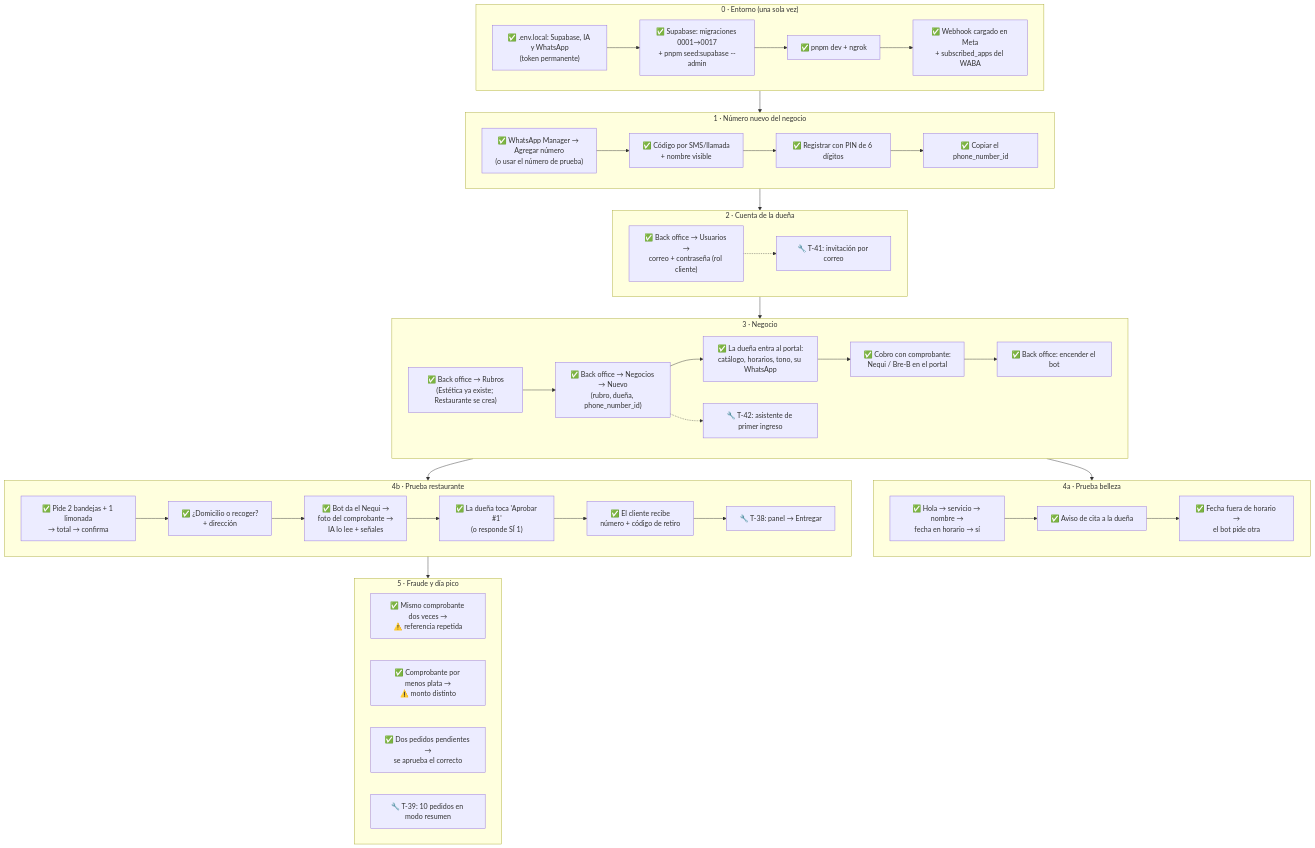
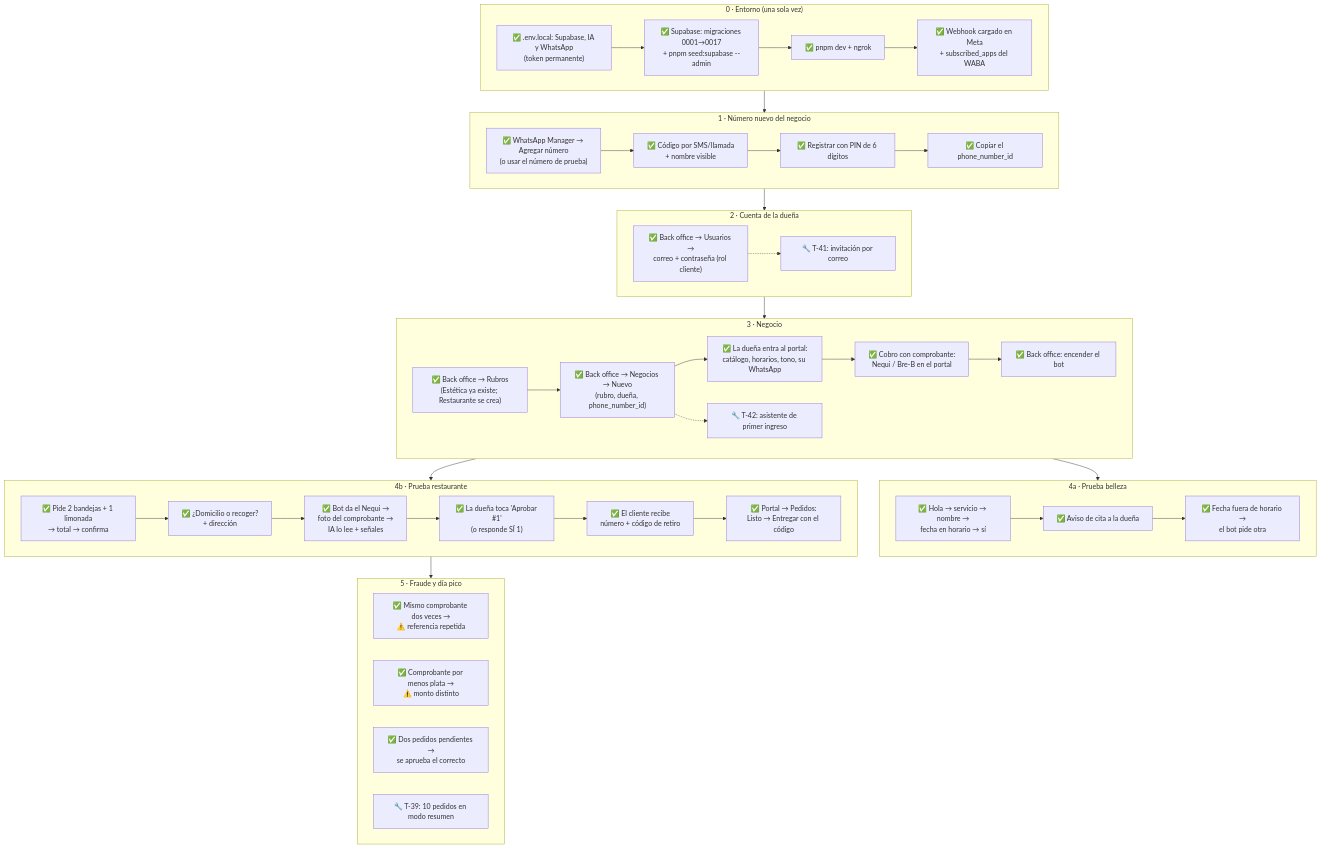
Before and after one commit to daniell41-dev/client-automation-bot: the diagram in docs/17-prueba-local.md, drawn with Mermaid. The commit also changed other lines of this file and 9 other files, not shown here.

First line of the commit message:
feat(T-38a): panel de pedidos en el portal

````diff
--- a/docs/17-prueba-local.md
+++ b/docs/17-prueba-local.md
@@ -18,54 +18,54 @@
 ```mermaid
 flowchart TD
   subgraph E["0 · Entorno (una sola vez)"]
     E1["✅ .env.local: Supabase, IA y WhatsApp<br/>(token permanente)"] --> E2["✅ Supabase: migraciones 0001→0017<br/>+ pnpm seed:supabase --admin"]
     E2 --> E3["✅ pnpm dev + ngrok"]
     E3 --> E4["✅ Webhook cargado en Meta<br/>+ subscribed_apps del WABA"]
   end
 
   subgraph T["1 · Número nuevo del negocio"]
     T1["✅ WhatsApp Manager → Agregar número<br/>(o usar el número de prueba)"] --> T2["✅ Código por SMS/llamada<br/>+ nombre visible"]
     T2 --> T3["✅ Registrar con PIN de 6 dígitos"]
     T3 --> T4["✅ Copiar el phone_number_id"]
   end
 
   subgraph U["2 · Cuenta de la dueña"]
     U1["✅ Back office → Usuarios →<br/>correo + contraseña (rol cliente)"]
     U2["🔧 T-41: invitación por correo"]
     U1 -.-> U2
   end
 
   subgraph N["3 · Negocio"]
     N0["✅ Back office → Rubros<br/>(Estética ya existe; Restaurante se crea)"] --> N1["✅ Back office → Negocios → Nuevo<br/>(rubro, dueña, phone_number_id)"]
     N1 --> N2["✅ La dueña entra al portal:<br/>catálogo, horarios, tono, su WhatsApp"]
     N2 --> N3["✅ Cobro con comprobante:<br/>Nequi / Bre-B en el portal"]
     N3 --> N5["✅ Back office: encender el bot"]
     N4["🔧 T-42: asistente de primer ingreso"]
     N1 -.-> N4
   end
 
   subgraph B["4a · Prueba belleza"]
     B1["✅ Hola → servicio → nombre →<br/>fecha en horario → sí"] --> B2["✅ Aviso de cita a la dueña"]
     B2 --> B3["✅ Fecha fuera de horario →<br/>el bot pide otra"]
   end
 
   subgraph R["4b · Prueba restaurante"]
     R1["✅ Pide 2 bandejas + 1 limonada<br/>→ total → confirma"] --> R2["✅ ¿Domicilio o recoger?<br/>+ dirección"]
     R2 --> R3["✅ Bot da el Nequi →<br/>foto del comprobante →<br/>IA lo lee + señales"]
     R3 --> R4["✅ La dueña toca 'Aprobar #1'<br/>(o responde SÍ 1)"]
     R4 --> R5["✅ El cliente recibe<br/>número + código de retiro"]
-    R5 --> R6["🔧 T-38: panel → Entregar"]
+    R5 --> R6["✅ Portal → Pedidos:<br/>Listo → Entregar con el código"]
   end
 
   subgraph F["5 · Fraude y día pico"]
     F1["✅ Mismo comprobante dos veces →<br/>⚠️ referencia repetida"]
     F2["✅ Comprobante por menos plata →<br/>⚠️ monto distinto"]
     F3["✅ Dos pedidos pendientes →<br/>se aprueba el correcto"]
     F4["🔧 T-39: 10 pedidos en modo resumen"]
   end
 
   E --> T --> U --> N
   N --> B
   N --> R
   R --> F
 ```
````
